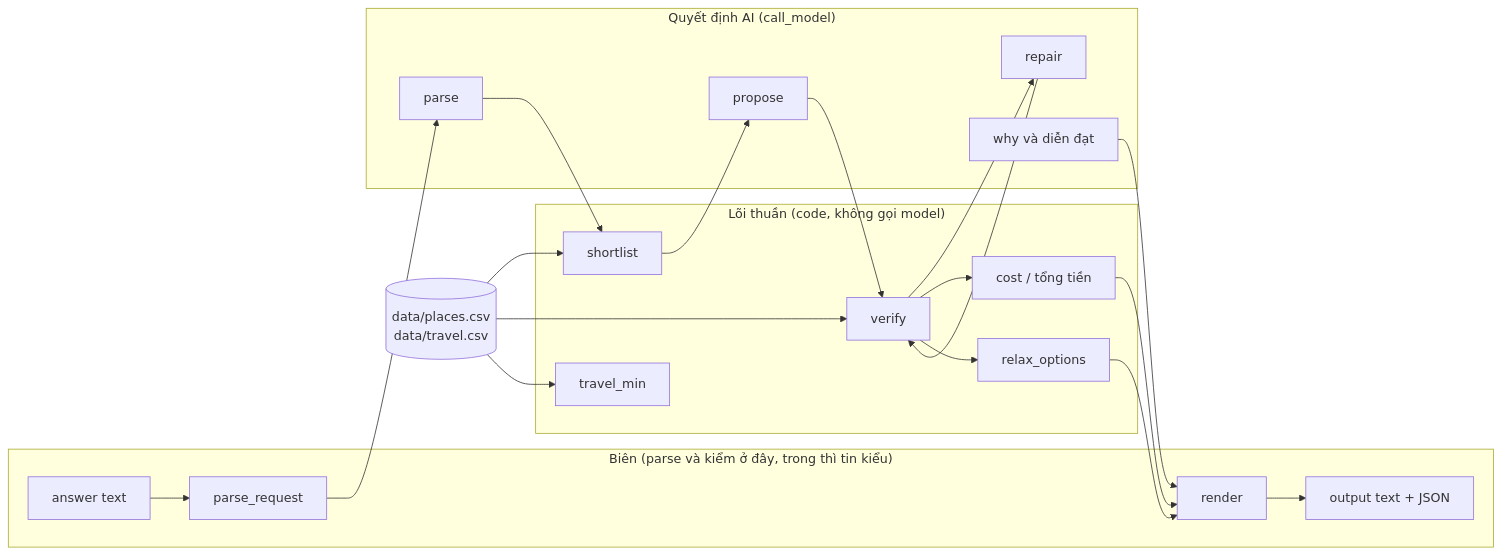
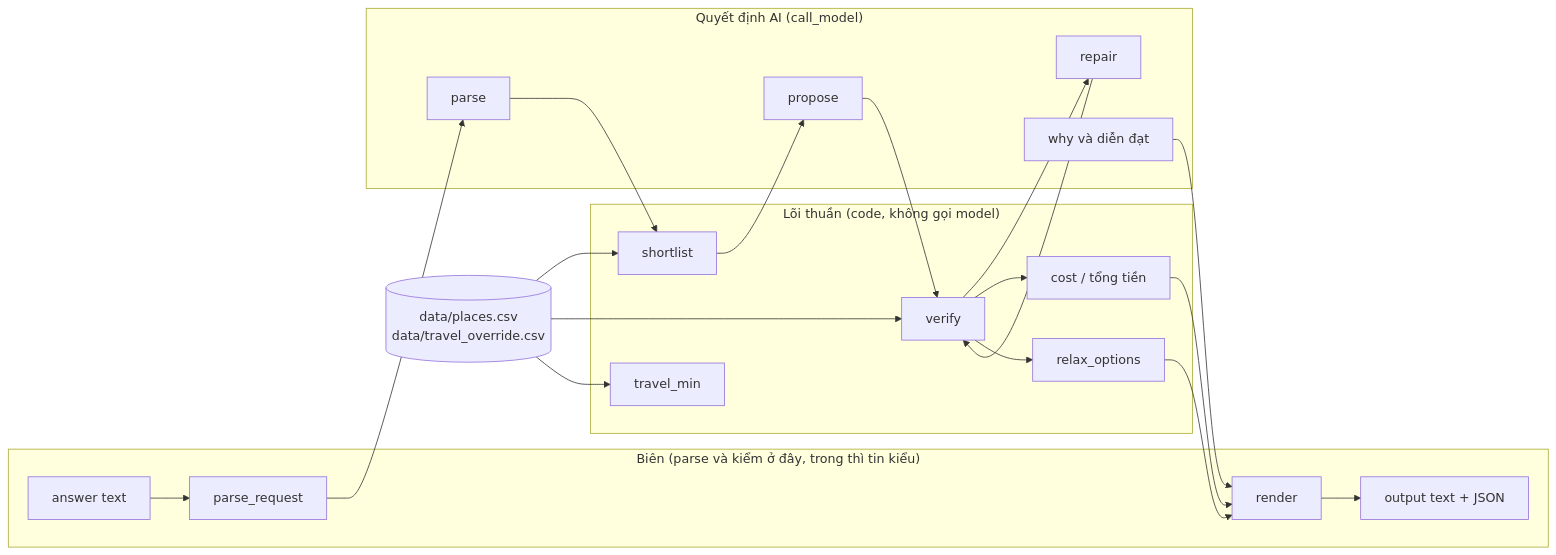
One commit to cong2235/K5-Day15-L3B-AltF4 changed the second of 2 diagrams in docs/design.md. Above: the diagram before and after it, drawn with Mermaid. The commit also changed other lines of this file and 6 other files, not shown here.

Commit message:
Thống nhất tài liệu: sửa link gãy, hợp đồng JSON có relax, tên file travel_override, người nối model, ứng viên Lượt 2

````diff
--- a/docs/design.md
+++ b/docs/design.md
@@ -52,26 +52,26 @@
 ```mermaid
 flowchart LR
     subgraph Biên["Biên (parse và kiểm ở đây, trong thì tin kiểu)"]
         IN[answer text] --> PR[parse_request]
         OUTB[render] --> OUT[output text + JSON]
     end
     subgraph Lõi["Lõi thuần (code, không gọi model)"]
         SL[shortlist]
         VF[verify]
         CS[cost / tổng tiền]
         RX[relax_options]
         TM[travel_min]
     end
     subgraph AI["Quyết định AI (call_model)"]
         PA[parse]
         PRO[propose]
         REP[repair]
         WH[why và diễn đạt]
     end
-    DATA[(data/places.csv<br/>data/travel.csv)] --> SL & VF & TM
+    DATA[(data/places.csv<br/>data/travel_override.csv)] --> SL & VF & TM
     PR --> PA --> SL --> PRO --> VF
     VF --> REP --> VF
     VF --> CS --> OUTB
     VF --> RX --> OUTB
     WH --> OUTB
 ```
````
